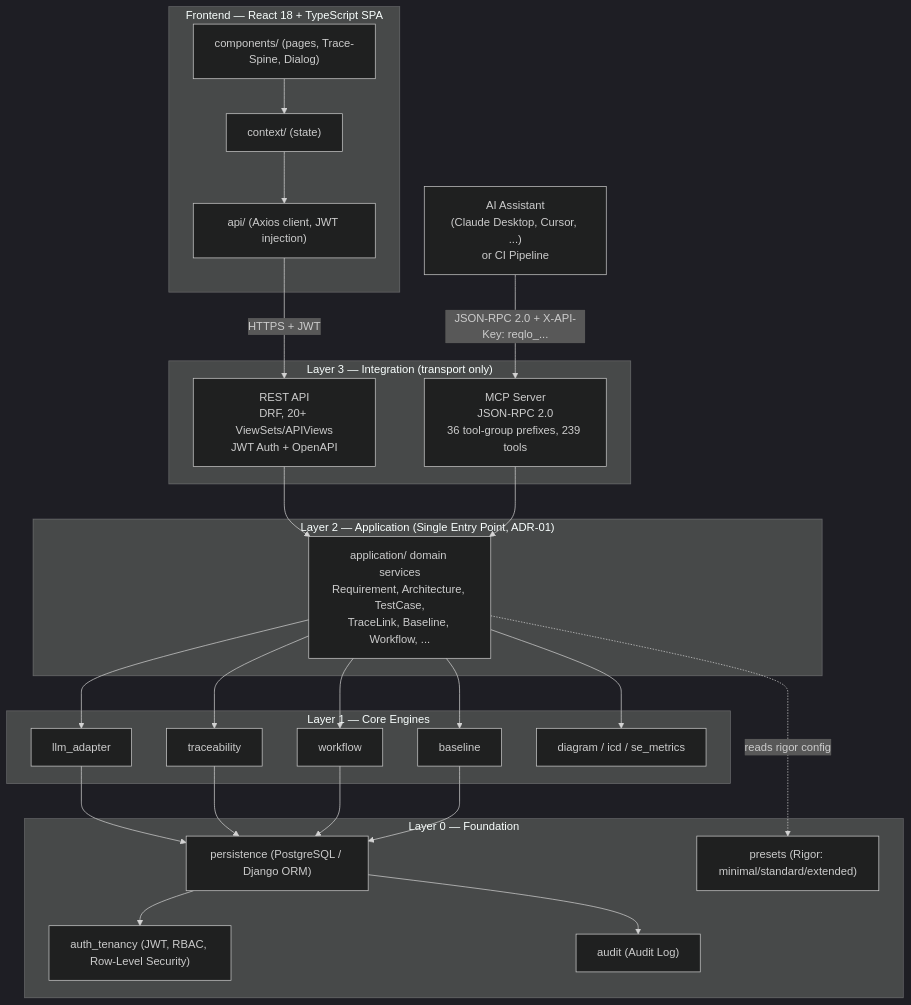
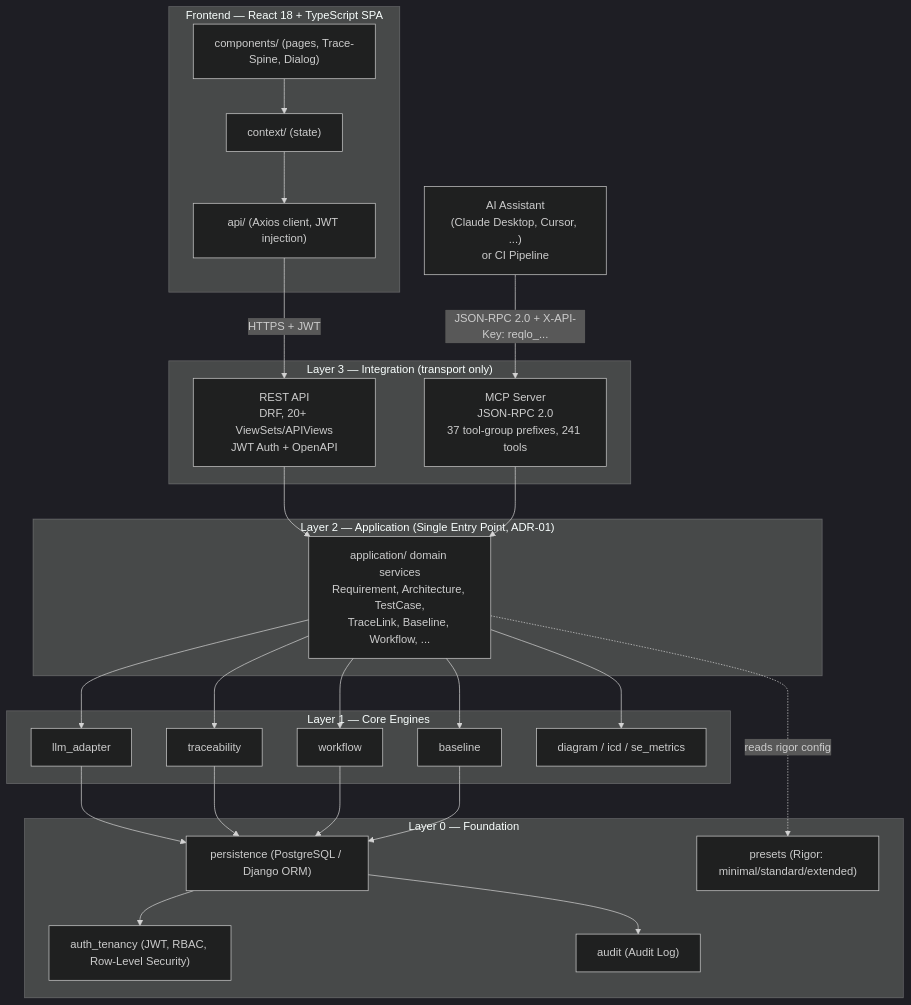
The first of 3 diagrams in README.md (Popoboxxo/ReqogniLoom), drawn with Mermaid (dark theme) before and after one commit. The commit also changed other lines of this file and 18 other files, not shown here.

Commit message:
feat(mcp): metrics.catalog and metrics.get tools (#1265)

````diff
--- a/README.md
+++ b/README.md
@@ -101,53 +101,53 @@
 ```mermaid
 graph TD
     subgraph FE["Frontend — React 18 + TypeScript SPA"]
         UI["components/ (pages, Trace-Spine, Dialog)"]
         CTX["context/ (state)"]
         APICLIENT["api/ (Axios client, JWT injection)"]
         UI --> CTX --> APICLIENT
     end
 
     EXT["AI Assistant<br/>(Claude Desktop, Cursor, ...)<br/>or CI Pipeline"]
 
     subgraph L3["Layer 3 — Integration (transport only)"]
         REST["REST API<br/>DRF, 20+ ViewSets/APIViews<br/>JWT Auth + OpenAPI"]
-        MCP["MCP Server<br/>JSON-RPC 2.0<br/>36 tool-group prefixes, 239 tools"]
+        MCP["MCP Server<br/>JSON-RPC 2.0<br/>37 tool-group prefixes, 241 tools"]
     end
 
     subgraph L2["Layer 2 — Application (Single Entry Point, ADR-01)"]
         APP["application/ domain services<br/>Requirement, Architecture, TestCase,<br/>TraceLink, Baseline, Workflow, ..."]
     end
 
     subgraph L1["Layer 1 — Core Engines"]
         LLM["llm_adapter"]
         TRACE["traceability"]
         WF["workflow"]
         BASE["baseline"]
         DIAG["diagram / icd / se_metrics"]
     end
 
     subgraph L0["Layer 0 — Foundation"]
         PERSIST["persistence (PostgreSQL / Django ORM)"]
         AUTH["auth_tenancy (JWT, RBAC, Row-Level Security)"]
         PRESET["presets (Rigor: minimal/standard/extended)"]
         AUDIT["audit (Audit Log)"]
     end
 
     APICLIENT -->|"HTTPS + JWT"| REST
     EXT -->|"JSON-RPC 2.0 + X-API-Key: reqlo_..."| MCP
 
     REST --> APP
     MCP --> APP
     APP --> LLM
     APP --> TRACE
     APP --> WF
     APP --> BASE
     APP --> DIAG
     APP -.->|"reads rigor config"| PRESET
     LLM --> PERSIST
     TRACE --> PERSIST
     WF --> PERSIST
     BASE --> PERSIST
     PERSIST --> AUTH
     PERSIST --> AUDIT
 ```
````
